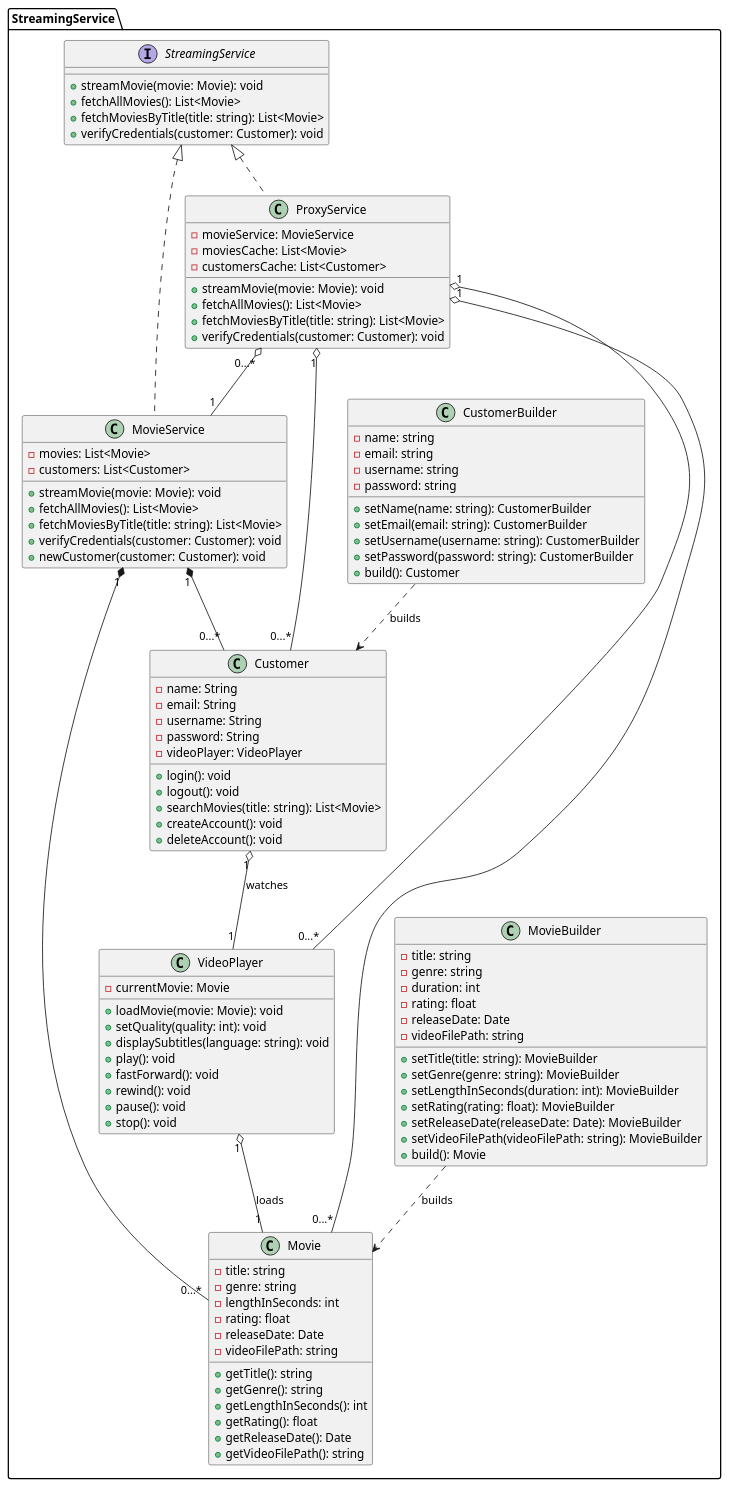
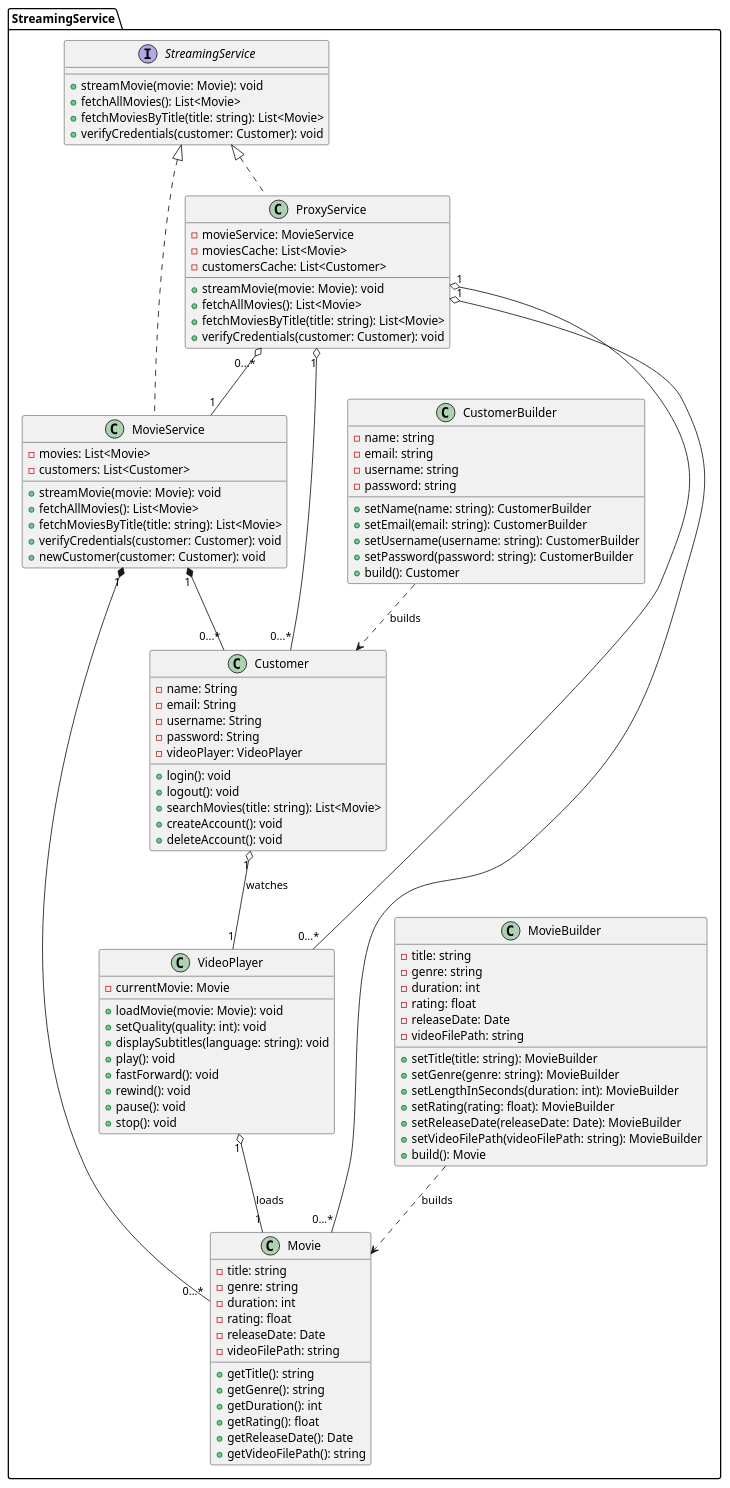
The diagram in src/ClassDiagram.puml (BVolt/CPPMovies_OOD), drawn with PlantUML before and after one commit. The commit also changed 1 other file, not shown here.

```diff
--- a/src/ClassDiagram.puml
+++ b/src/ClassDiagram.puml
@@ -1,116 +1,116 @@
 @startuml
 
 package "StreamingService" {
     top to bottom direction
 
     class Movie {
         - title: string
         - genre: string
-        - lengthInSeconds: int
+        - duration: int
         - rating: float
         - releaseDate: Date
         - videoFilePath: string
         + getTitle(): string
         + getGenre(): string
-        + getLengthInSeconds(): int
+        + getDuration(): int
         + getRating(): float
         + getReleaseDate(): Date
         + getVideoFilePath(): string
     }
 
     class MovieBuilder {
         - title: string
         - genre: string
         - duration: int
         - rating: float
         - releaseDate: Date
         - videoFilePath: string
         + setTitle(title: string): MovieBuilder
         + setGenre(genre: string): MovieBuilder
         + setLengthInSeconds(duration: int): MovieBuilder
         + setRating(rating: float): MovieBuilder
         + setReleaseDate(releaseDate: Date): MovieBuilder
         + setVideoFilePath(videoFilePath: string): MovieBuilder
         + build(): Movie
     }
 
     class Customer {
         - name: String
         - email: String
         - username: String
         - password: String
         - videoPlayer: VideoPlayer
         + login(): void
         + logout(): void
         + searchMovies(title: string): List<Movie>
         + createAccount(): void
         + deleteAccount(): void
     }
 
     class CustomerBuilder {
         - name: string
         - email: string
         - username: string
         - password: string
         + setName(name: string): CustomerBuilder
         + setEmail(email: string): CustomerBuilder
         + setUsername(username: string): CustomerBuilder
         + setPassword(password: string): CustomerBuilder
         + build(): Customer
     }
 
     interface StreamingService {
         + streamMovie(movie: Movie): void
         + fetchAllMovies(): List<Movie>
         + fetchMoviesByTitle(title: string): List<Movie>
         + verifyCredentials(customer: Customer): void
     }
 
     class MovieService implements StreamingService {
         - movies: List<Movie>
         - customers: List<Customer>
         + streamMovie(movie: Movie): void
         + fetchAllMovies(): List<Movie>
         + fetchMoviesByTitle(title: string): List<Movie>
         + verifyCredentials(customer: Customer): void
         + newCustomer(customer: Customer): void
     }
 
     class ProxyService implements StreamingService {
         - movieService: MovieService
         - moviesCache: List<Movie>
         - customersCache: List<Customer>
         + streamMovie(movie: Movie): void
         + fetchAllMovies(): List<Movie>
         + fetchMoviesByTitle(title: string): List<Movie>
         + verifyCredentials(customer: Customer): void
     }
 
     class VideoPlayer {
         - currentMovie: Movie
         + loadMovie(movie: Movie): void
         + setQuality(quality: int): void
         + displaySubtitles(language: string): void
         + play(): void
         + fastForward(): void
         + rewind(): void
         + pause(): void
         + stop(): void
     }
 
     MovieBuilder ..> Movie : builds
     CustomerBuilder ..> Customer : builds
 
     MovieService "1" *-- "0...*" Movie
     MovieService "1" *-- "0...*" Customer
 
     ProxyService "1" o-- "0...*" Movie
     ProxyService "1" o-- "0...*" Customer
     ProxyService "0...*" o-- "1" MovieService
 
     VideoPlayer "1" o-- "1" Movie : loads
     ProxyService "1" o-- "0...*" VideoPlayer
 
     Customer "1" o-- "1" VideoPlayer : watches
 }
 @enduml
```
